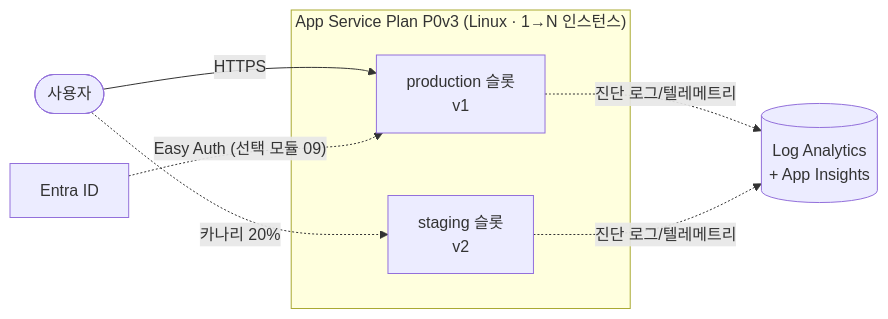
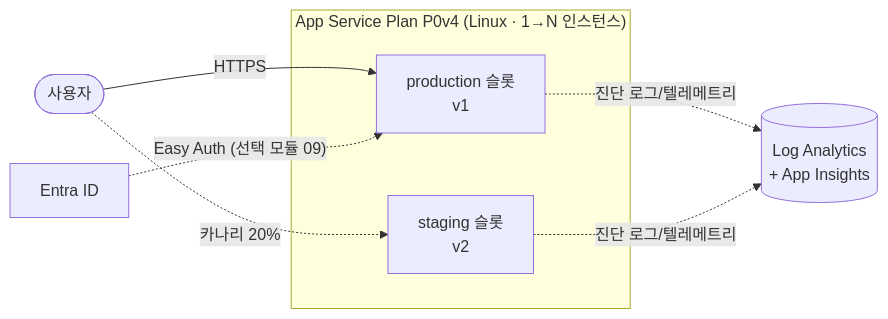
The diagram in README.md (freeman9844/ms-appservice-basic-workshop01), drawn with Mermaid before and after one commit. The commit also changed other lines of this file and 2 other files, not shown here.

First line of the commit message:
docs: App Service Plan을 Premium V4로 전환

````diff
--- a/README.md
+++ b/README.md
@@ -9,11 +9,11 @@
 ```mermaid
 flowchart LR
   user([사용자]) -->|HTTPS| prod[production 슬롯<br/>v1]
   user -.->|"카나리 20%"| stg[staging 슬롯<br/>v2]
-  subgraph plan ["App Service Plan P0v3 (Linux · 1→N 인스턴스)"]
+  subgraph plan ["App Service Plan P0v4 (Linux · 1→N 인스턴스)"]
     prod; stg
   end
   prod -. 진단 로그/텔레메트리 .-> law[(Log Analytics<br/>+ App Insights)]
   stg -. 진단 로그/텔레메트리 .-> law
   entra[Entra ID] -.->|"Easy Auth (선택 모듈 09)"| prod
 ```
````
